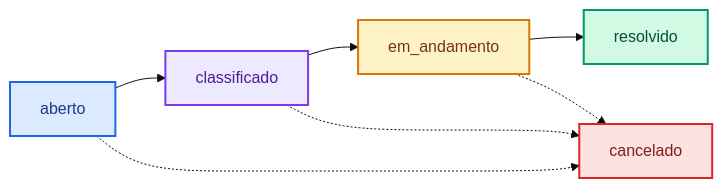
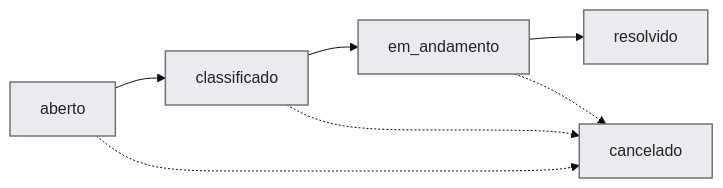
One commit to leonardomoreschi/projeto-chat-chamados changed the first of 3 diagrams in README.md. Above: the diagram before and after it, drawn with Mermaid (base theme). The commit also changed other lines of this file, not shown here.

````diff
--- a/README.md
+++ b/README.md
@@ -56,21 +55,21 @@
 ```mermaid
 flowchart LR
     A[" aberto"] --> B[" classificado"]
     B --> C[" em_andamento"]
     C --> D[" resolvido"]
     A -.-> X[" cancelado"]
     B -.-> X
     C -.-> X
 
-    classDef novo        fill:#dbeafe,stroke:#2563eb,stroke-width:2px,color:#1e3a8a
-    classDef triagem     fill:#ede9fe,stroke:#7c3aed,stroke-width:2px,color:#4c1d95
-    classDef andamento   fill:#fef3c7,stroke:#d97706,stroke-width:2px,color:#78350f
-    classDef ok          fill:#d1fae5,stroke:#059669,stroke-width:2px,color:#064e3b
-    classDef cancelado   fill:#fee2e2,stroke:#dc2626,stroke-width:2px,color:#7f1d1d
+    classDef novo        fill:#e9ecef,stroke:#6c757d,stroke-width:1.5px,color:#212529
+    classDef triagem     fill:#e9ecef,stroke:#6c757d,stroke-width:1.5px,color:#212529
+    classDef andamento   fill:#e9ecef,stroke:#6c757d,stroke-width:1.5px,color:#212529
+    classDef ok          fill:#e9ecef,stroke:#6c757d,stroke-width:1.5px,color:#212529
+    classDef cancelado   fill:#e9ecef,stroke:#6c757d,stroke-width:1.5px,color:#212529
 
     class A novo
     class B triagem
     class C andamento
     class D ok
     class X cancelado
 ```
````
